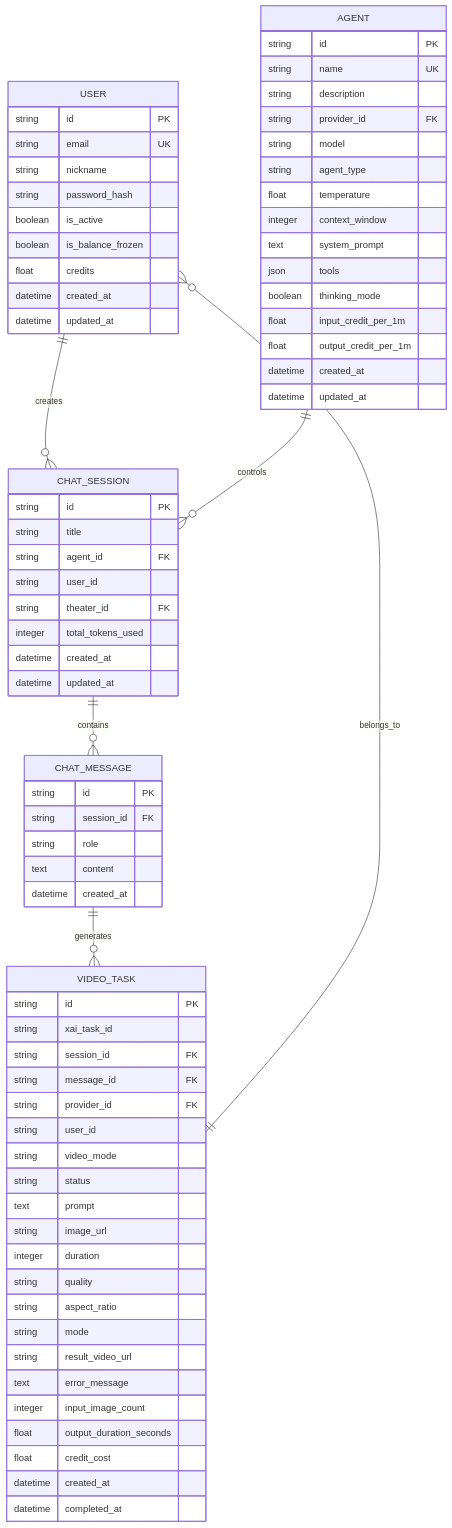
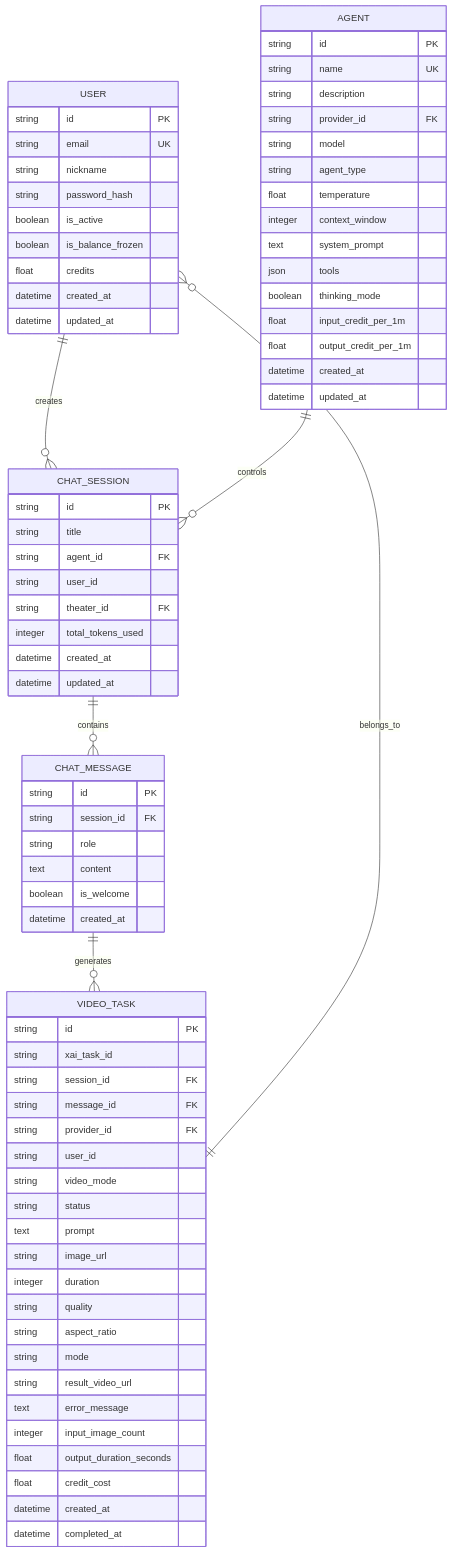
The second of 19 diagrams in .qoder/repowiki/zh/content/前端应用架构/状态管理/Zustand Store 设计/增强的AI助手存储.md (KunLabAI/KunFlix), drawn with Mermaid before and after one commit. The commit also changed other lines of this file and 20 other files, not shown here.

````diff
--- a/.qoder/repowiki/zh/content/前端应用架构/状态管理/Zustand Store 设计/增强的AI助手存储.md
+++ b/.qoder/repowiki/zh/content/前端应用架构/状态管理/Zustand Store 设计/增强的AI助手存储.md
@@ -111,76 +117,77 @@
 ```mermaid
 erDiagram
 USER {
 string id PK
 string email UK
 string nickname
 string password_hash
 boolean is_active
 boolean is_balance_frozen
 float credits
 datetime created_at
 datetime updated_at
 }
 AGENT {
 string id PK
 string name UK
 string description
 string provider_id FK
 string model
 string agent_type
 float temperature
 integer context_window
 text system_prompt
 json tools
 boolean thinking_mode
 float input_credit_per_1m
 float output_credit_per_1m
 datetime created_at
 datetime updated_at
 }
 CHAT_SESSION {
 string id PK
 string title
 string agent_id FK
 string user_id
 string theater_id FK
 integer total_tokens_used
 datetime created_at
 datetime updated_at
 }
 CHAT_MESSAGE {
 string id PK
 string session_id FK
 string role
 text content
+boolean is_welcome
 datetime created_at
 }
 VIDEO_TASK {
 string id PK
 string xai_task_id
 string session_id FK
 string message_id FK
 string provider_id FK
 string user_id
 string video_mode
 string status
 text prompt
 string image_url
 integer duration
 string quality
 string aspect_ratio
 string mode
 string result_video_url
 text error_message
 integer input_image_count
 float output_duration_seconds
 float credit_cost
 datetime created_at
 datetime completed_at
 }
 USER ||--o{ CHAT_SESSION : creates
 AGENT ||--o{ CHAT_SESSION : controls
 CHAT_SESSION ||--o{ CHAT_MESSAGE : contains
 CHAT_MESSAGE ||--o{ VIDEO_TASK : generates
 VIDEO_TASK ||--o{ USER : belongs_to
 ```
````
